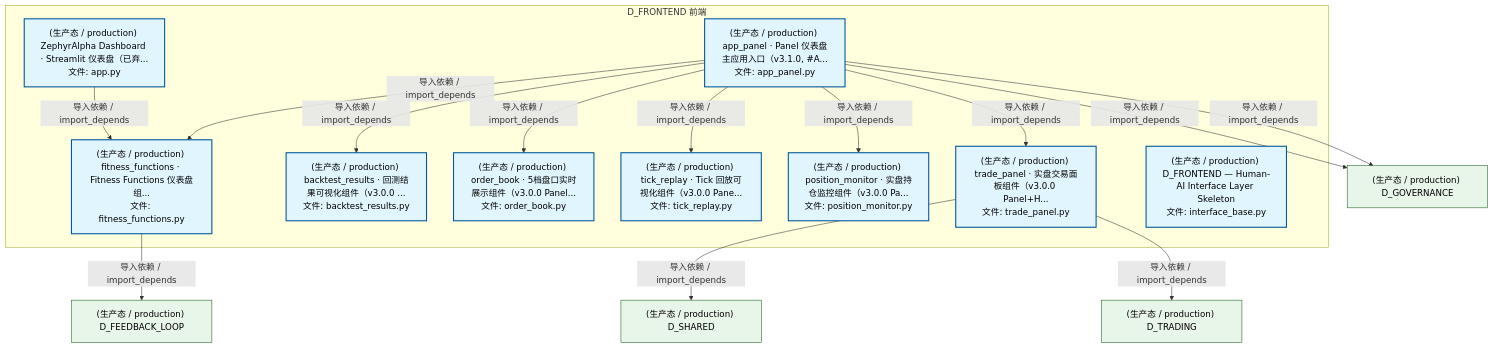
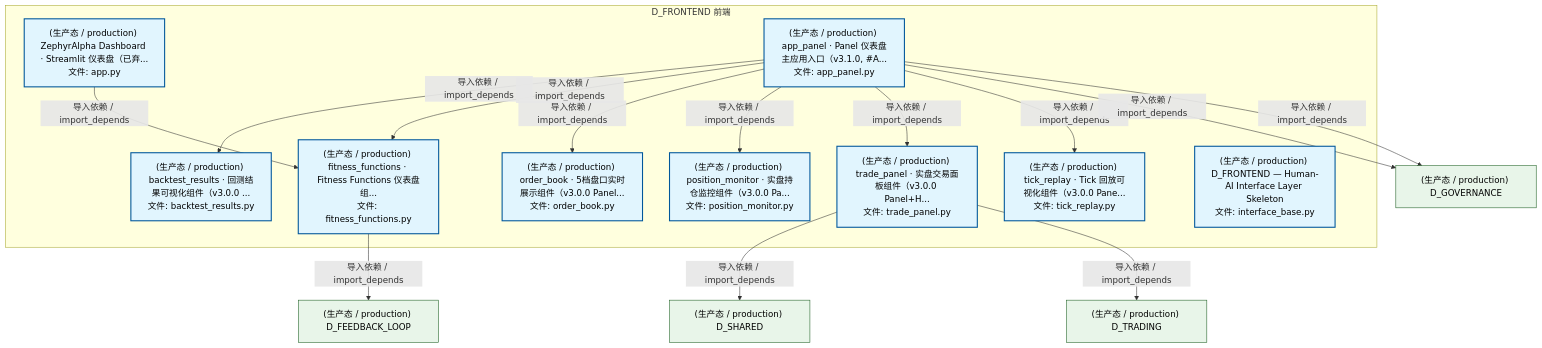
One commit to xuanFelixVan/ZephyrAlpha changed the second of 5 diagrams in docs/02_enterprise_architecture/02_domain_architecture_docs/15_d_frontend.md. Above: the diagram before and after it, drawn with Mermaid. The commit also changed other lines of this file and 126 other files, not shown here.

````diff
--- a/docs/02_enterprise_architecture/02_domain_architecture_docs/15_d_frontend.md
+++ b/docs/02_enterprise_architecture/02_domain_architecture_docs/15_d_frontend.md
@@ -165,36 +165,36 @@
 ```mermaid
 graph TD
     subgraph D_FRONTEND["D_FRONTEND 前端"]
         src_zephyr_frontend_dashboard_app_py["(生产态 / production) ZephyrAlpha Dashboard · Streamlit 仪表盘（已弃...<br/>文件: app.py"]
         src_zephyr_frontend_dashboard_app_panel_py["(生产态 / production) app_panel · Panel 仪表盘主应用入口（v3.1.0, #A...<br/>文件: app_panel.py"]
         src_zephyr_frontend_dashboard_components_backtest_results_py["(生产态 / production) backtest_results · 回测结果可视化组件（v3.0.0 ...<br/>文件: backtest_results.py"]
         src_zephyr_frontend_dashboard_components_fitness_functions_py["(生产态 / production) fitness_functions · Fitness Functions 仪表盘组...<br/>文件: fitness_functions.py"]
         src_zephyr_frontend_dashboard_components_order_book_py["(生产态 / production) order_book · 5档盘口实时展示组件（v3.0.0 Panel...<br/>文件: order_book.py"]
         src_zephyr_frontend_dashboard_components_position_monitor_py["(生产态 / production) position_monitor · 实盘持仓监控组件（v3.0.0 Pa...<br/>文件: position_monitor.py"]
         src_zephyr_frontend_dashboard_components_tick_replay_py["(生产态 / production) tick_replay · Tick 回放可视化组件（v3.0.0 Pane...<br/>文件: tick_replay.py"]
         src_zephyr_frontend_dashboard_components_trade_panel_py["(生产态 / production) trade_panel · 实盘交易面板组件（v3.0.0 Panel+H...<br/>文件: trade_panel.py"]
         src_zephyr_frontend_interface_base_py["(生产态 / production) D_FRONTEND — Human-AI Interface Layer Skeleton<br/>文件: interface_base.py"]
     end
-    src_zephyr_frontend_dashboard_app_py -->|导入依赖 / import_depends| src_zephyr_frontend_dashboard_components_fitness_functions_py
+    src_zephyr_frontend_dashboard_app_panel_py -->|导入依赖 / import_depends| src_zephyr_frontend_dashboard_components_backtest_results_py
     src_zephyr_frontend_dashboard_app_panel_py -->|导入依赖 / import_depends| src_zephyr_frontend_dashboard_components_fitness_functions_py
-    src_zephyr_frontend_dashboard_app_panel_py -->|导入依赖 / import_depends| src_zephyr_frontend_dashboard_components_backtest_results_py
     src_zephyr_frontend_dashboard_app_panel_py -->|导入依赖 / import_depends| src_zephyr_frontend_dashboard_components_order_book_py
-    src_zephyr_frontend_dashboard_app_panel_py -->|导入依赖 / import_depends| src_zephyr_frontend_dashboard_components_tick_replay_py
     src_zephyr_frontend_dashboard_app_panel_py -->|导入依赖 / import_depends| src_zephyr_frontend_dashboard_components_position_monitor_py
     src_zephyr_frontend_dashboard_app_panel_py -->|导入依赖 / import_depends| src_zephyr_frontend_dashboard_components_trade_panel_py
+    src_zephyr_frontend_dashboard_app_panel_py -->|导入依赖 / import_depends| src_zephyr_frontend_dashboard_components_tick_replay_py
+    src_zephyr_frontend_dashboard_app_py -->|导入依赖 / import_depends| src_zephyr_frontend_dashboard_components_fitness_functions_py
     D_GOVERNANCE["(生产态 / production) D_GOVERNANCE"]
     src_zephyr_frontend_dashboard_app_panel_py -->|导入依赖 / import_depends| D_GOVERNANCE
     D_FEEDBACK_LOOP["(生产态 / production) D_FEEDBACK_LOOP"]
     src_zephyr_frontend_dashboard_components_fitness_functions_py -->|导入依赖 / import_depends| D_FEEDBACK_LOOP
     D_SHARED["(生产态 / production) D_SHARED"]
     src_zephyr_frontend_dashboard_components_trade_panel_py -->|导入依赖 / import_depends| D_SHARED
     src_zephyr_frontend_dashboard_app_panel_py -->|导入依赖 / import_depends| D_GOVERNANCE
     D_TRADING["(生产态 / production) D_TRADING"]
     src_zephyr_frontend_dashboard_components_trade_panel_py -->|导入依赖 / import_depends| D_TRADING
     classDef production fill:#e1f5fe,stroke:#01579b,stroke-width:2px,color:#000
     classDef design fill:#fff3e0,stroke:#e65100,stroke-width:2px,color:#000,stroke-dasharray: 5 5
     classDef external_prod fill:#e8f5e9,stroke:#1b5e20,stroke-width:1px,color:#000
     classDef external_design fill:#fce4ec,stroke:#880e4f,stroke-width:1px,color:#000,stroke-dasharray: 5 5
     class src_zephyr_frontend_dashboard_app_py,src_zephyr_frontend_dashboard_app_panel_py,src_zephyr_frontend_dashboard_components_backtest_results_py,src_zephyr_frontend_dashboard_components_fitness_functions_py,src_zephyr_frontend_dashboard_components_order_book_py,src_zephyr_frontend_dashboard_components_position_monitor_py,src_zephyr_frontend_dashboard_components_tick_replay_py,src_zephyr_frontend_dashboard_components_trade_panel_py,src_zephyr_frontend_interface_base_py production
     class D_GOVERNANCE,D_FEEDBACK_LOOP,D_SHARED,D_TRADING external_prod
 ```
````
